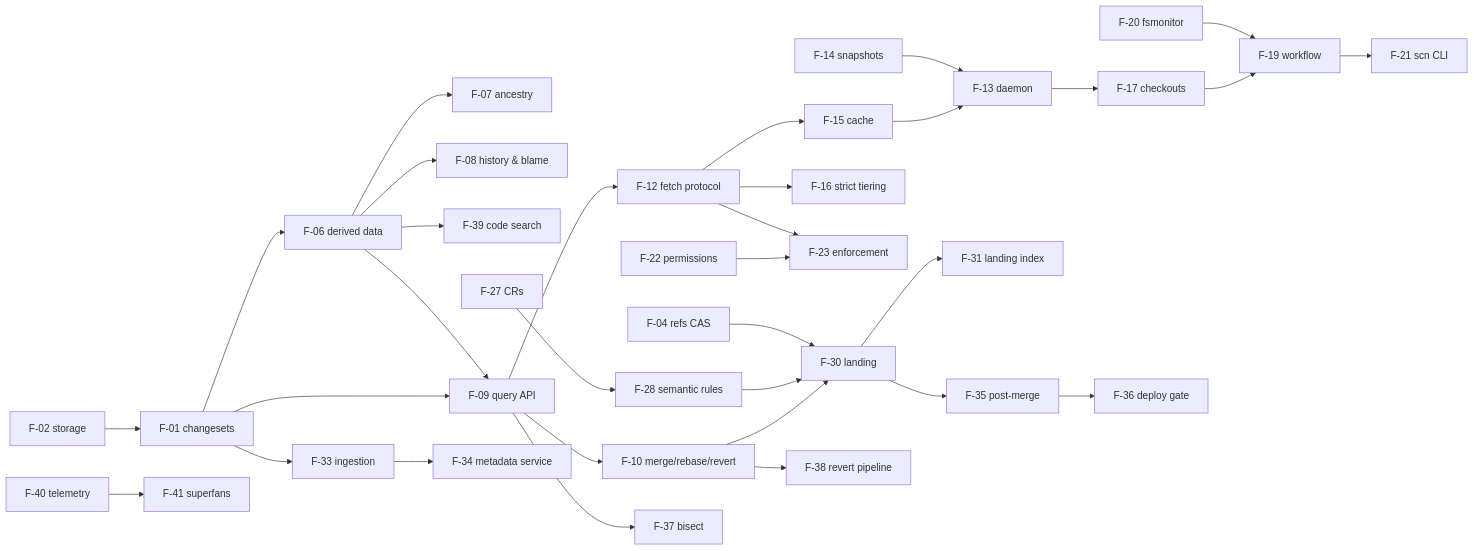
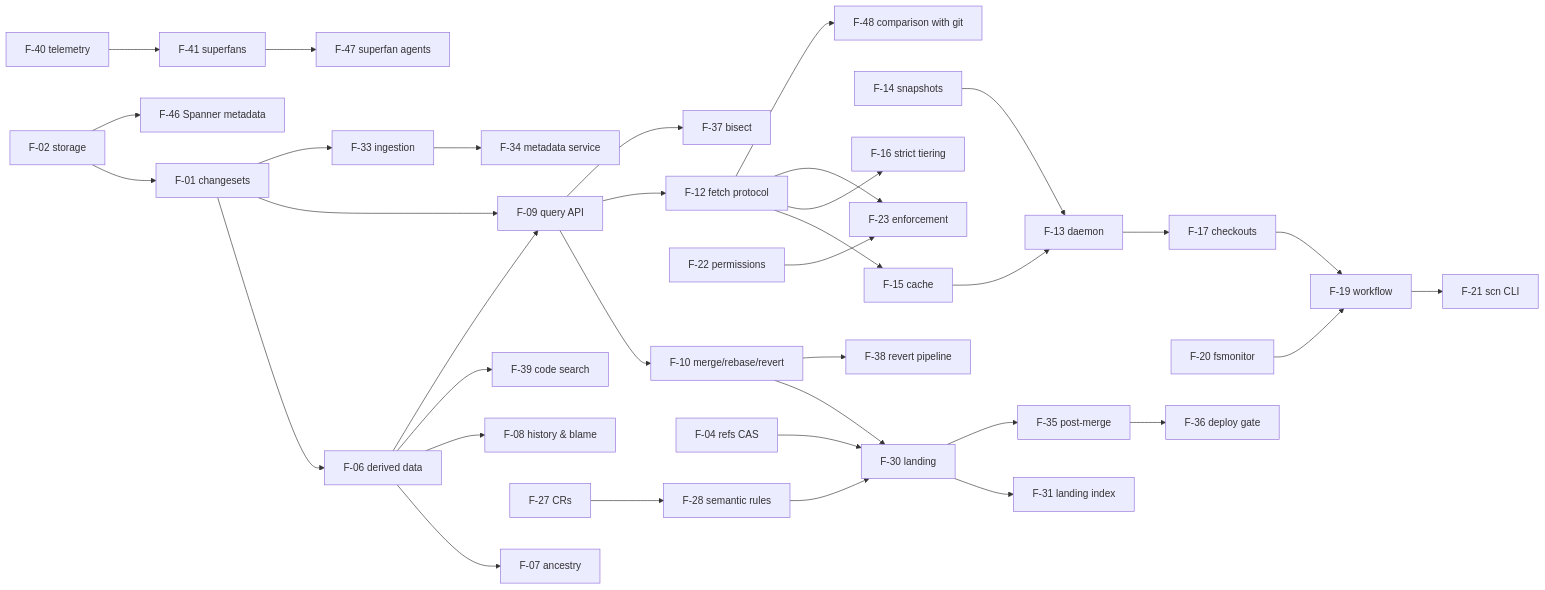
One commit to Space-Trucker/AIresume changed the diagram in scion/docs/design/04-feature-list.md. Above: the diagram before and after it, drawn with Mermaid. The commit also changed other lines of this file and 14 other files, not shown here.

First line of the commit message:
B6 design: Spanner metadata, superfan agents, comparison with git, CPython pilot

````diff
--- a/scion/docs/design/04-feature-list.md
+++ b/scion/docs/design/04-feature-list.md
@@ -82,28 +90,31 @@
 ```mermaid
 flowchart LR
   F02[F-02 storage] --> F01[F-01 changesets]
   F01 --> F06[F-06 derived data]
   F06 --> F07[F-07 ancestry]
   F06 --> F08[F-08 history & blame]
   F06 --> F39[F-39 code search]
   F01 --> F09[F-09 query API]
   F06 --> F09
   F09 --> F10[F-10 merge/rebase/revert]
   F09 --> F12[F-12 fetch protocol]
   F12 --> F15[F-15 cache] --> F13[F-13 daemon] --> F17[F-17 checkouts]
   F14[F-14 snapshots] --> F13
   F12 --> F16[F-16 strict tiering]
   F17 --> F19[F-19 workflow] --> F21[F-21 scn CLI]
   F20[F-20 fsmonitor] --> F19
   F22[F-22 permissions] --> F23[F-23 enforcement]
   F12 --> F23
   F10 --> F30[F-30 landing]
   F27[F-27 CRs] --> F28[F-28 semantic rules] --> F30
   F04[F-04 refs CAS] --> F30
   F30 --> F31[F-31 landing index]
   F30 --> F35[F-35 post-merge] --> F36[F-36 deploy gate]
   F10 --> F38[F-38 revert pipeline]
   F09 --> F37[F-37 bisect]
   F01 --> F33[F-33 ingestion] --> F34[F-34 metadata service]
   F40[F-40 telemetry] --> F41[F-41 superfans]
+  F41 --> F47[F-47 superfan agents]
+  F02 --> F46[F-46 Spanner metadata]
+  F12 --> F48[F-48 comparison with git]
 ```
````
